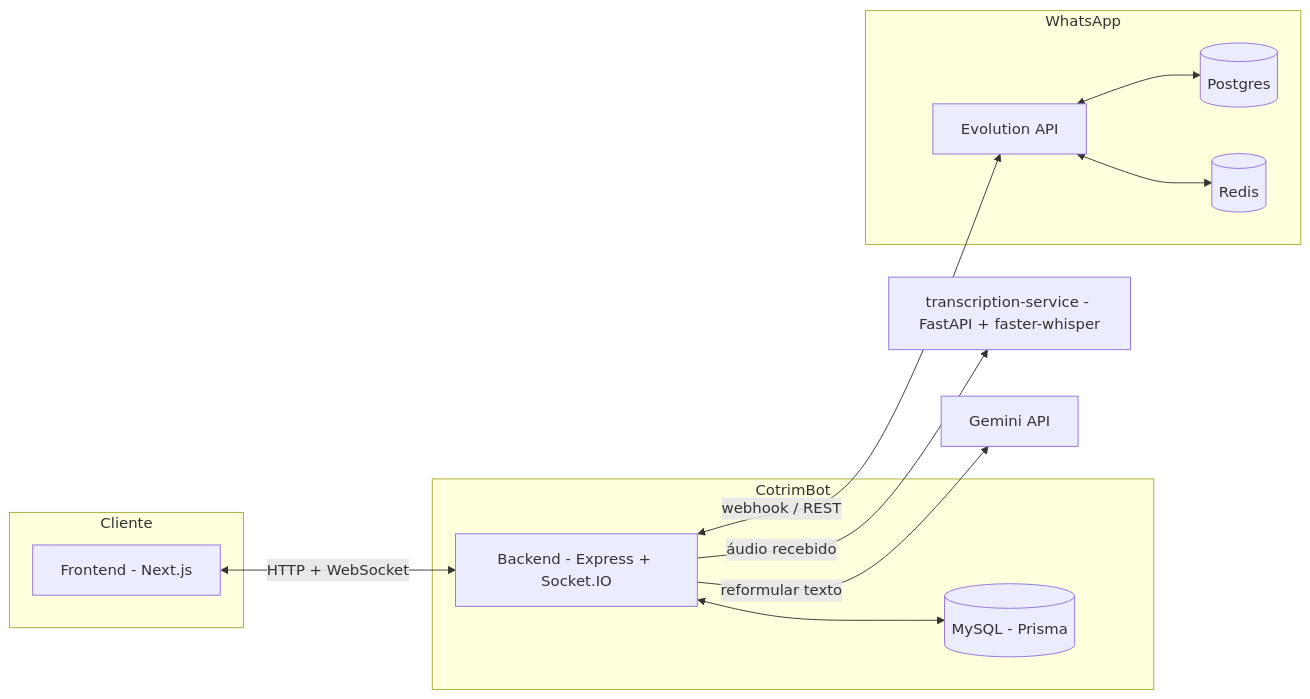
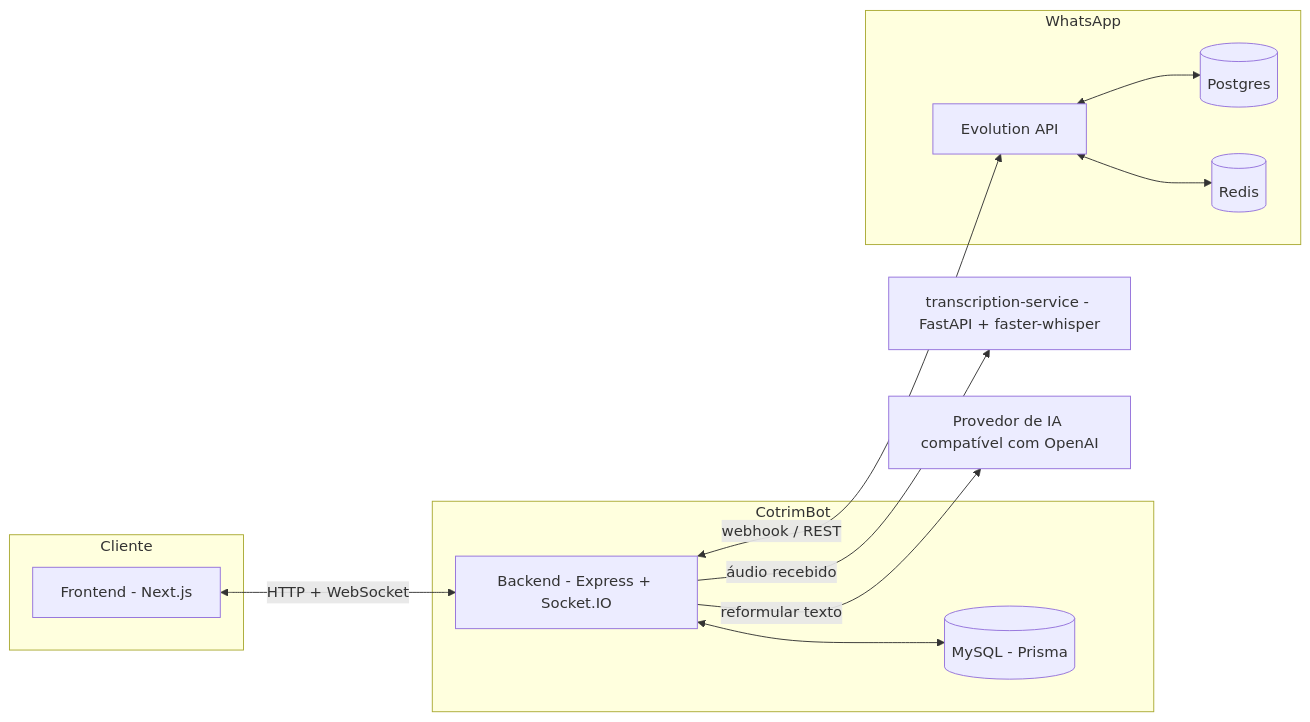
The diagram in README.md (kaiocotrim/CotrimBot), drawn with Mermaid before and after one commit. The commit also changed other lines of this file and 5 other files, not shown here.

Commit message:
fix: gemini for OpenAI pattern

````diff
--- a/README.md
+++ b/README.md
@@ -10,28 +10,28 @@
 ```mermaid
 flowchart LR
     subgraph Cliente
         FE[Frontend - Next.js]
     end
 
     subgraph CotrimBot
         BE[Backend - Express + Socket.IO]
         DB[(MySQL - Prisma)]
     end
 
     subgraph WhatsApp
         EVO[Evolution API]
         PG[(Postgres)]
         REDIS[(Redis)]
     end
 
     TRANS[transcription-service - FastAPI + faster-whisper]
-    GEMINI[Gemini API]
+    IA[Provedor de IA compatível com OpenAI]
 
     FE <-- HTTP + WebSocket --> BE
     BE <--> DB
     BE <-- webhook / REST --> EVO
     EVO <--> PG
     EVO <--> REDIS
     BE -- áudio recebido --> TRANS
-    BE -- reformular texto --> GEMINI
+    BE -- reformular texto --> IA
 ```
````
